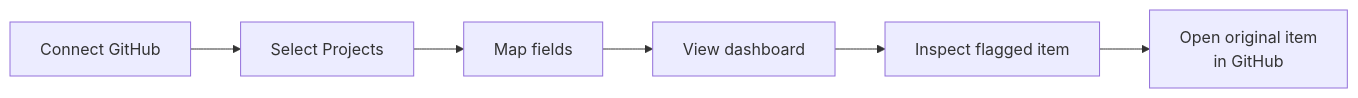
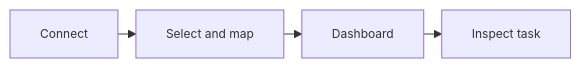
One commit to ahmadhas08-sys/Project-INT-Al-Jarmoozi changed the third of 3 diagrams in 00-project/03-presentation-1.md. Above: the diagram before and after it, drawn with Mermaid. The commit also changed other lines of this file, not shown here.

````diff
--- a/00-project/03-presentation-1.md
+++ b/00-project/03-presentation-1.md
@@ -58,8 +56,7 @@
 ```mermaid
+%%{init: {"themeVariables": {"fontSize": "12px"}, "flowchart": {"nodeSpacing": 12, "rankSpacing": 18, "diagramPadding": 4}}}%%
 flowchart LR
-  A[Connect GitHub] --> B[Select Projects]
-  B --> C[Map fields]
-  C --> D[View dashboard]
-  D --> E[Inspect flagged item]
-  E --> F[Open original item<br/>in GitHub]
+  A[Connect] --> B[Select and map]
+  B --> C[Dashboard]
+  C --> D[Inspect task]
 ```
````
